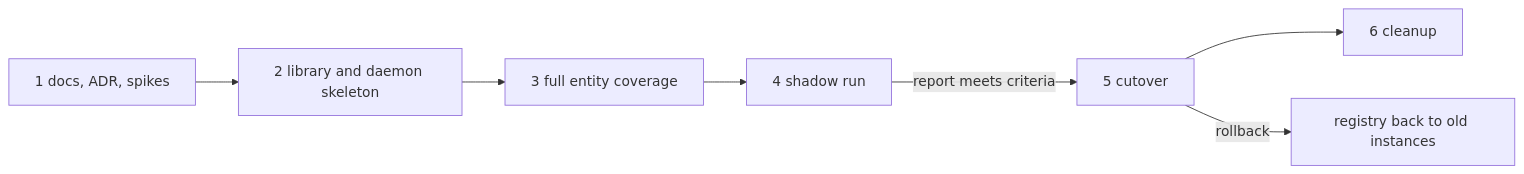
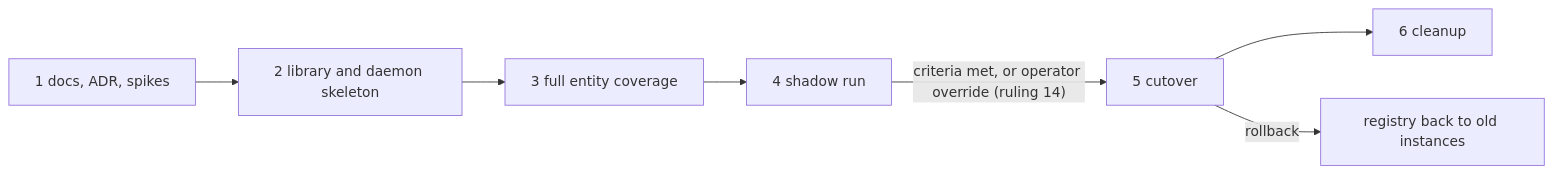
Before and after one commit to phillipgreenii/nix-agent-support: the second of 2 diagrams in docs/superpowers/specs/2026-10-09-pg-connector-github-daemon-design.md, drawn with Mermaid. The commit also changed other lines of this file, not shown here.

````diff
--- a/docs/superpowers/specs/2026-10-09-pg-connector-github-daemon-design.md
+++ b/docs/superpowers/specs/2026-10-09-pg-connector-github-daemon-design.md
@@ -1020,9 +1138,9 @@
 ```mermaid
 flowchart LR
   p1["1 docs, ADR, spikes"] --> p2["2 library and daemon skeleton"]
   p2 --> p3["3 full entity coverage"]
   p3 --> p4["4 shadow run"]
-  p4 -->|"report meets criteria"| p5["5 cutover"]
+  p4 -->|"criteria met, or operator override (ruling 14)"| p5["5 cutover"]
   p5 --> p6["6 cleanup"]
   p5 -->|"rollback"| p0["registry back to old instances"]
 ```
````
